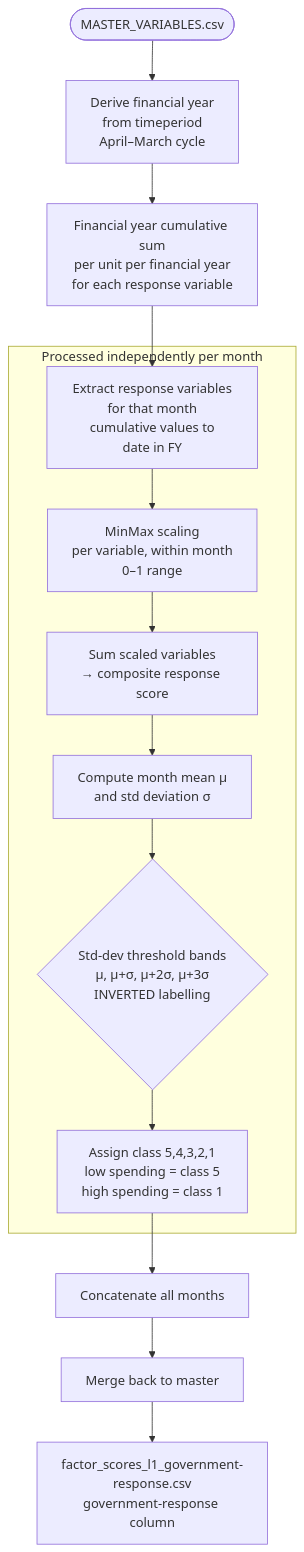
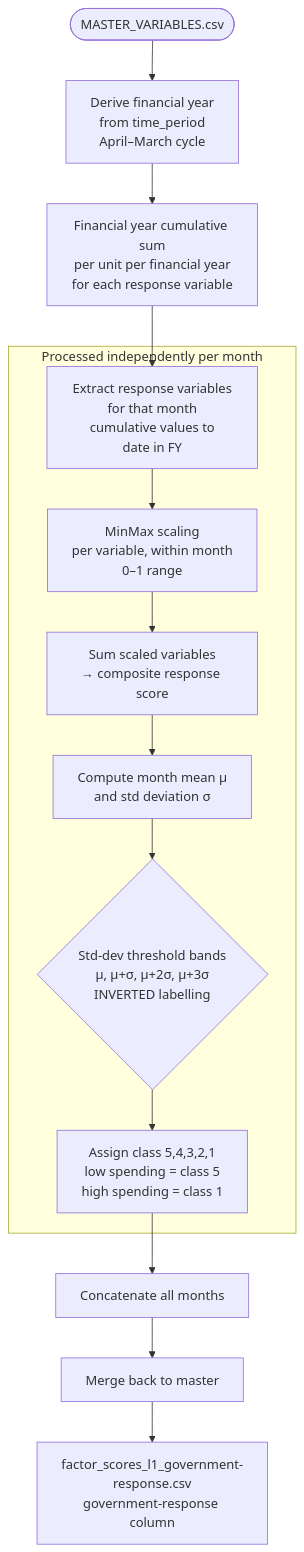
The diagram in docs/score_government_response.md (CivicDataLab/risk-score-model-generic), drawn with Mermaid before and after one commit. The commit also changed other lines of this file and 22 other files, not shown here.

````diff
--- a/docs/score_government_response.md
+++ b/docs/score_government_response.md
@@ -23,26 +23,26 @@
 ```mermaid
 flowchart TD
     A([MASTER_VARIABLES.csv]) --> B
 
-    B[Derive financial year\nfrom timeperiod\nApril–March cycle] --> C
+    B[Derive financial year\nfrom time_period\nApril–March cycle] --> C
 
     C[Financial year cumulative sum\nper unit per financial year\nfor each response variable] --> D
 
     subgraph PerMonth["Processed independently per month"]
         D[Extract response variables\nfor that month\n cumulative values to date in FY] --> E
 
         E[MinMax scaling\nper variable, within month\n0–1 range] --> F
 
         F[Sum scaled variables\n→ composite response score] --> G
 
         G[Compute month mean μ\nand std deviation σ] --> H
 
         H{Std-dev threshold bands\nμ, μ+σ, μ+2σ, μ+3σ\nINVERTED labelling} --> I
 
         I[Assign class 5,4,3,2,1\nlow spending = class 5\nhigh spending = class 1]
     end
 
     I --> J[Concatenate all months]
     J --> K[Merge back to master]
     K --> L[factor_scores_l1_government-response.csv\ngovernment-response column]
 ```
````
